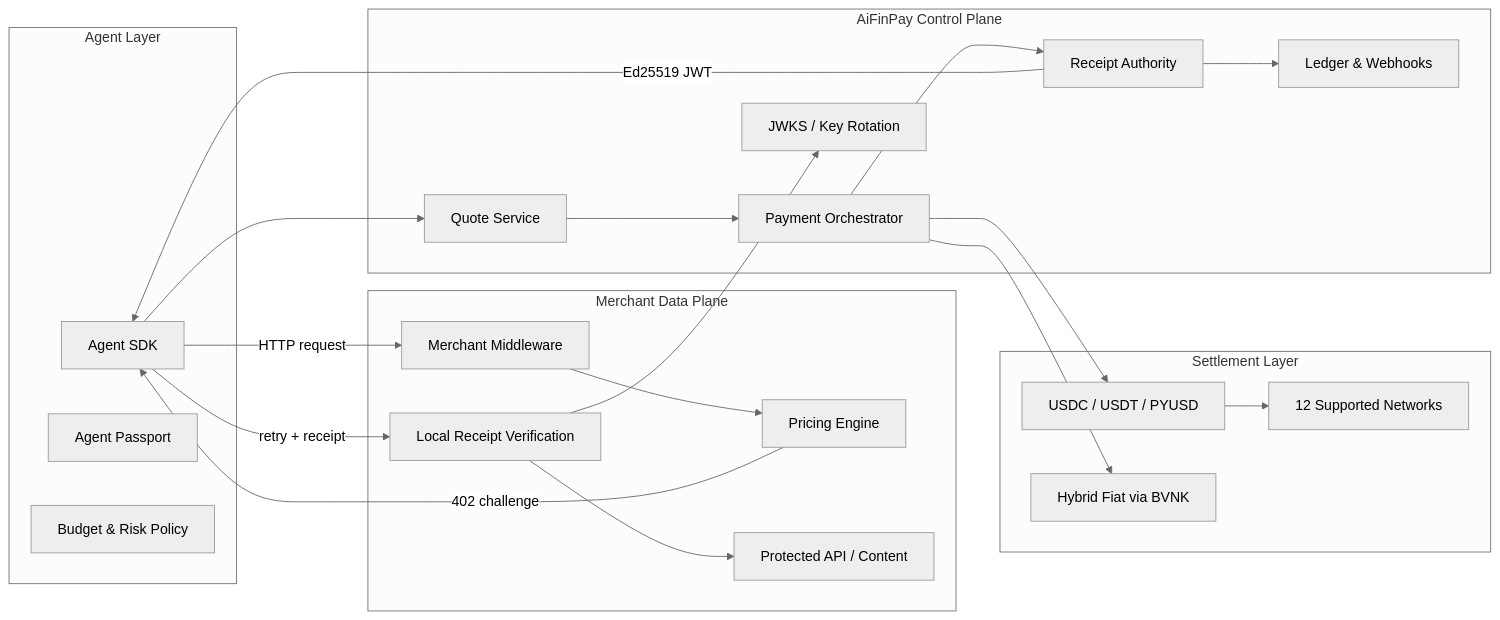
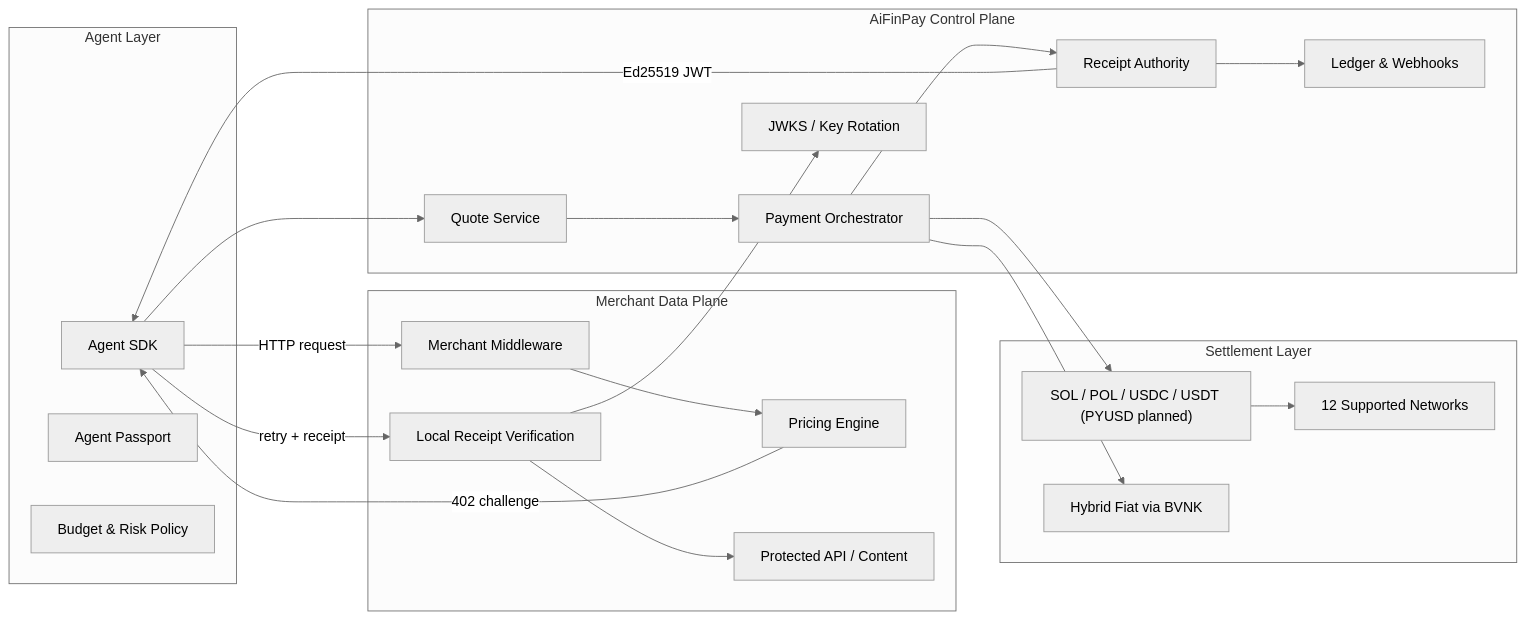
One commit to AiFinPay/Protocol-AIFP-1 changed the second of 4 diagrams in README.md. Above: the diagram before and after it, drawn with Mermaid (neutral theme). The commit also changed other lines of this file and 27 other files, not shown here.

````diff
--- a/README.md
+++ b/README.md
@@ -90,44 +90,44 @@
 ```mermaid
 flowchart LR
     subgraph Agents["Agent Layer"]
         AgentSDK["Agent SDK"]
         Passport["Agent Passport"]
         Budget["Budget & Risk Policy"]
     end
 
     subgraph Merchants["Merchant Data Plane"]
         Middleware["Merchant Middleware"]
         Pricing["Pricing Engine"]
         Verify["Local Receipt Verification"]
         Resource["Protected API / Content"]
     end
 
     subgraph Control["AiFinPay Control Plane"]
         Quote["Quote Service"]
         Pay["Payment Orchestrator"]
         Receipt["Receipt Authority"]
         Ledger["Ledger & Webhooks"]
         JWKS["JWKS / Key Rotation"]
     end
 
     subgraph Settlement["Settlement Layer"]
-        Stablecoins["USDC / USDT / PYUSD"]
+        Stablecoins["SOL / POL / USDC / USDT (PYUSD planned)"]
         Chains["12 Supported Networks"]
         Fiat["Hybrid Fiat via BVNK"]
     end
 
     AgentSDK -->|HTTP request| Middleware
     Middleware --> Pricing
     Pricing -->|402 challenge| AgentSDK
     AgentSDK --> Quote
     Quote --> Pay
     Pay --> Stablecoins
     Pay --> Fiat
     Stablecoins --> Chains
     Pay --> Receipt
     Receipt -->|Ed25519 JWT| AgentSDK
     AgentSDK -->|retry + receipt| Verify
     Verify --> JWKS
     Verify --> Resource
     Receipt --> Ledger
 ```
````
